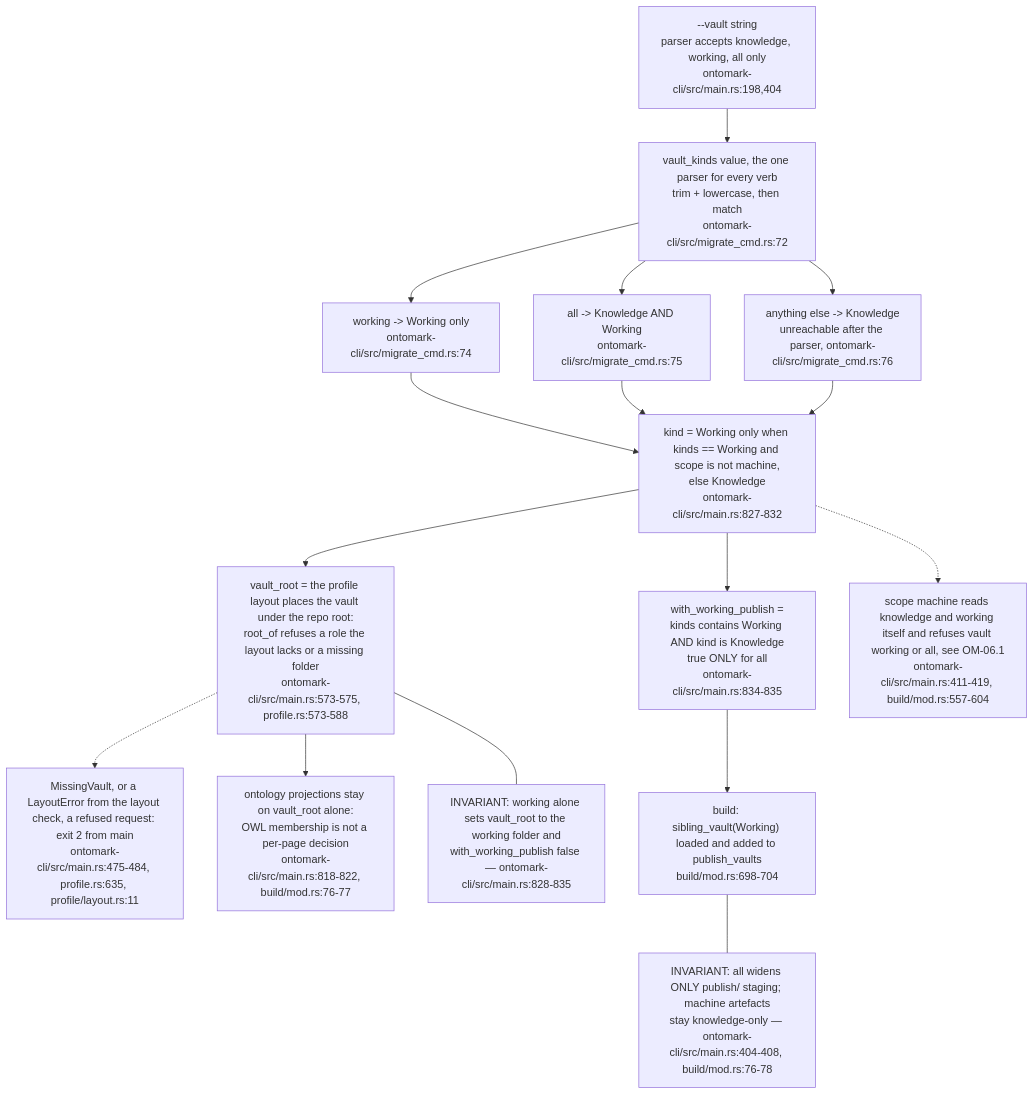
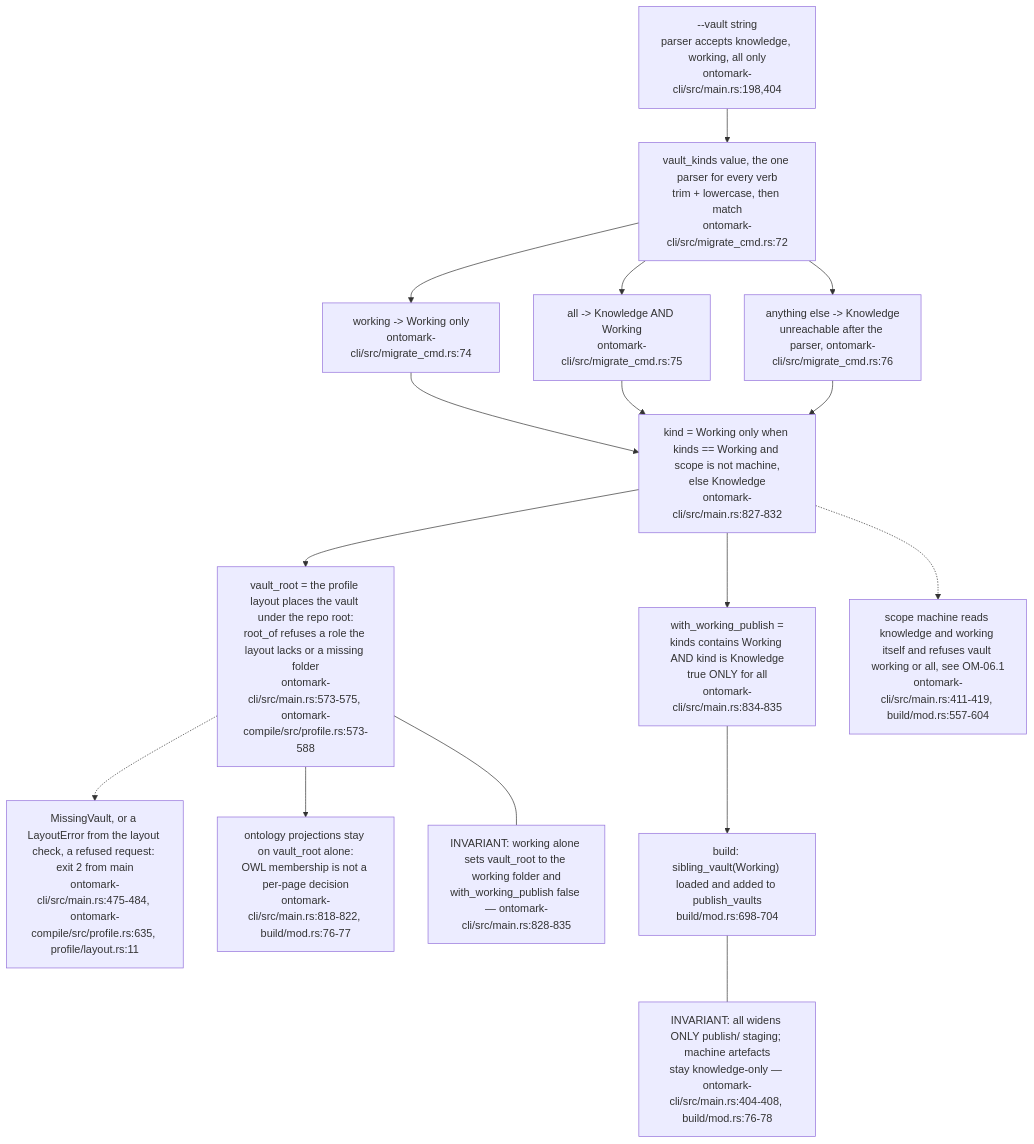
One commit to DreamLab-AI/VisionFlow changed the second of 7 diagrams in docs/diagrams/ontomark/05-cli-commands-vault-selector-and-exit-codes.md. Above: the diagram before and after it, drawn with Mermaid. The commit also changed other lines of this file and 3 other files, not shown here.

First line of the commit message:
diagrams(ontomark): re-verify OM-05, OM-06, OM-07, OM-09 at pinned heads; map whelk-el

````diff
--- a/docs/diagrams/ontomark/05-cli-commands-vault-selector-and-exit-codes.md
+++ b/docs/diagrams/ontomark/05-cli-commands-vault-selector-and-exit-codes.md
@@ -71,32 +82,32 @@
 ```mermaid
 flowchart TD
     FLAG["--vault string<br/>parser accepts knowledge, working, all only<br/>ontomark-cli/src/main.rs:198,404"]
     VK["vault_kinds value, the one parser for every verb<br/>trim + lowercase, then match<br/>ontomark-cli/src/migrate_cmd.rs:72"]
     W["working -> Working only<br/>ontomark-cli/src/migrate_cmd.rs:74"]
     A["all -> Knowledge AND Working<br/>ontomark-cli/src/migrate_cmd.rs:75"]
     K["anything else -> Knowledge<br/>unreachable after the parser, ontomark-cli/src/migrate_cmd.rs:76"]
     KIND["kind = Working only when kinds == Working and scope is not machine,<br/>else Knowledge<br/>ontomark-cli/src/main.rs:827-832"]
-    ROOT["vault_root = the profile layout places the vault under the repo root:<br/>root_of refuses a role the layout lacks or a missing folder<br/>ontomark-cli/src/main.rs:573-575, profile.rs:573-588"]
-    MISS["MissingVault, or a LayoutError from the layout check, a refused request: exit 2 from main<br/>ontomark-cli/src/main.rs:475-484, profile.rs:635, profile/layout.rs:11"]
+    ROOT["vault_root = the profile layout places the vault under the repo root:<br/>root_of refuses a role the layout lacks or a missing folder<br/>ontomark-cli/src/main.rs:573-575, ontomark-compile/src/profile.rs:573-588"]
+    MISS["MissingVault, or a LayoutError from the layout check, a refused request: exit 2 from main<br/>ontomark-cli/src/main.rs:475-484, ontomark-compile/src/profile.rs:635, profile/layout.rs:11"]
     WWP["with_working_publish =<br/>kinds contains Working AND kind is Knowledge<br/>true ONLY for all<br/>ontomark-cli/src/main.rs:834-835"]
     PUB["build: sibling_vault(Working) loaded and added to publish_vaults<br/>build/mod.rs:698-704"]
     MS["scope machine reads knowledge and working itself and refuses vault working or all, see OM-06.1<br/>ontomark-cli/src/main.rs:411-419, build/mod.rs:557-604"]
     ART["ontology projections stay on vault_root alone:<br/>OWL membership is not a per-page decision<br/>ontomark-cli/src/main.rs:818-822, build/mod.rs:76-77"]
     FLAG --> VK
     VK --> W
     VK --> A
     VK --> K
     W --> KIND
     A --> KIND
     K --> KIND
     KIND --> ROOT
     ROOT -.-> MISS
     KIND --> WWP
     WWP --> PUB
     ROOT --> ART
     n1["INVARIANT: all widens ONLY publish/ staging; machine artefacts<br/>stay knowledge-only — ontomark-cli/src/main.rs:404-408, build/mod.rs:76-78"]
     n2["INVARIANT: working alone sets vault_root to the working folder and<br/>with_working_publish false — ontomark-cli/src/main.rs:828-835"]
     PUB --- n1
     ROOT --- n2
     KIND -.-> MS
 ```
````
